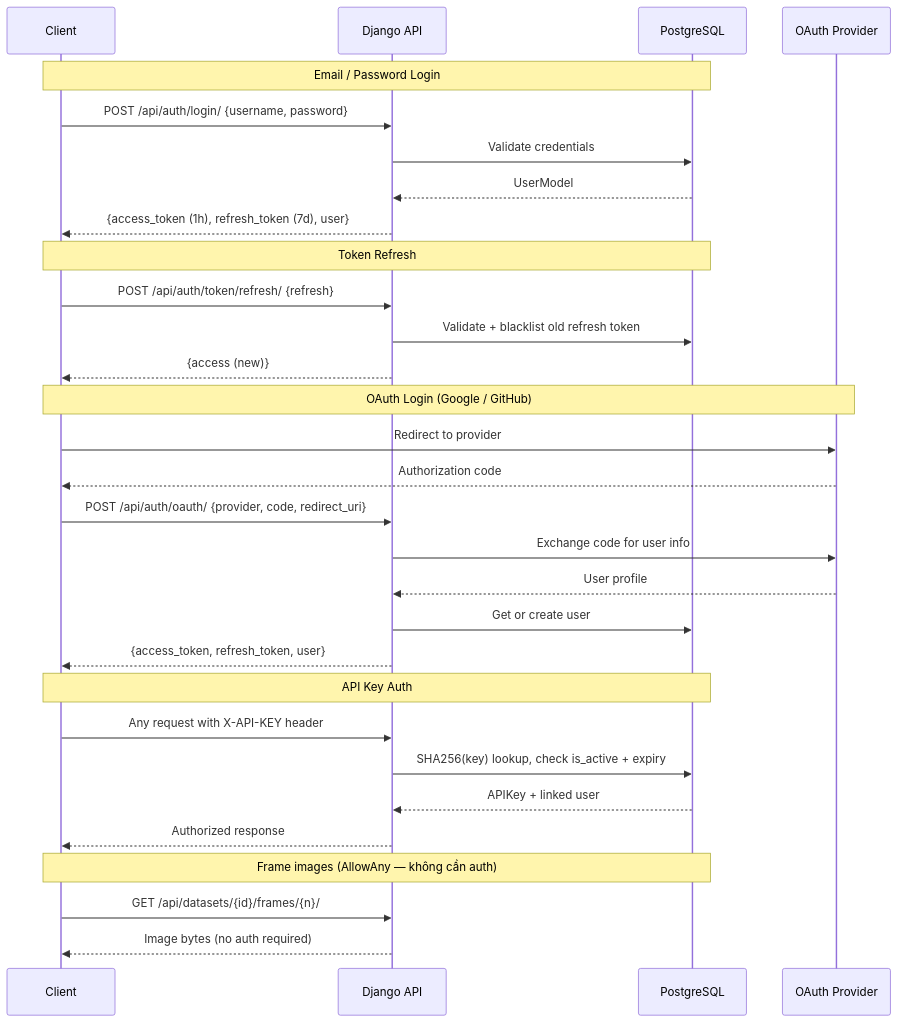
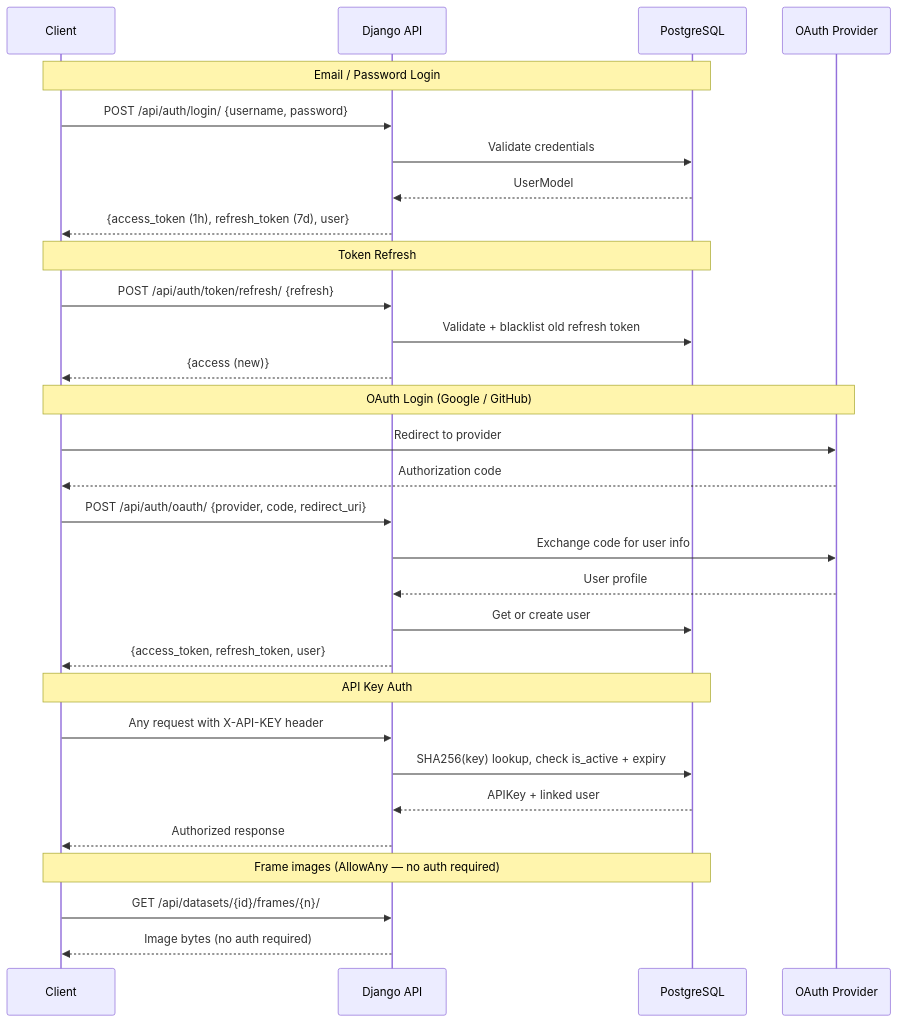
The third of 12 diagrams in docs/ARCHITECTURE_DIAGRAMS.md (the-visiox/visiox), drawn with Mermaid before and after one commit. The commit also changed other lines of this file and 13 other files, not shown here.

````diff
--- a/docs/ARCHITECTURE_DIAGRAMS.md
+++ b/docs/ARCHITECTURE_DIAGRAMS.md
@@ -122,37 +122,37 @@
 ```mermaid
 sequenceDiagram
     participant Client
     participant API as Django API
     participant DB as PostgreSQL
     participant OAuth as OAuth Provider
 
     Note over Client,DB: Email / Password Login
     Client->>API: POST /api/auth/login/ {username, password}
     API->>DB: Validate credentials
     DB-->>API: UserModel
     API-->>Client: {access_token (1h), refresh_token (7d), user}
 
     Note over Client,DB: Token Refresh
     Client->>API: POST /api/auth/token/refresh/ {refresh}
     API->>DB: Validate + blacklist old refresh token
     API-->>Client: {access (new)}
 
     Note over Client,OAuth: OAuth Login (Google / GitHub)
     Client->>OAuth: Redirect to provider
     OAuth-->>Client: Authorization code
     Client->>API: POST /api/auth/oauth/ {provider, code, redirect_uri}
     API->>OAuth: Exchange code for user info
     OAuth-->>API: User profile
     API->>DB: Get or create user
     API-->>Client: {access_token, refresh_token, user}
 
     Note over Client,DB: API Key Auth
     Client->>API: Any request with X-API-KEY header
     API->>DB: SHA256(key) lookup, check is_active + expiry
     DB-->>API: APIKey + linked user
     API-->>Client: Authorized response
 
-    Note over Client,DB: Frame images (AllowAny — không cần auth)
+    Note over Client,DB: Frame images (AllowAny — no auth required)
     Client->>API: GET /api/datasets/{id}/frames/{n}/
     API-->>Client: Image bytes (no auth required)
 ```
````
